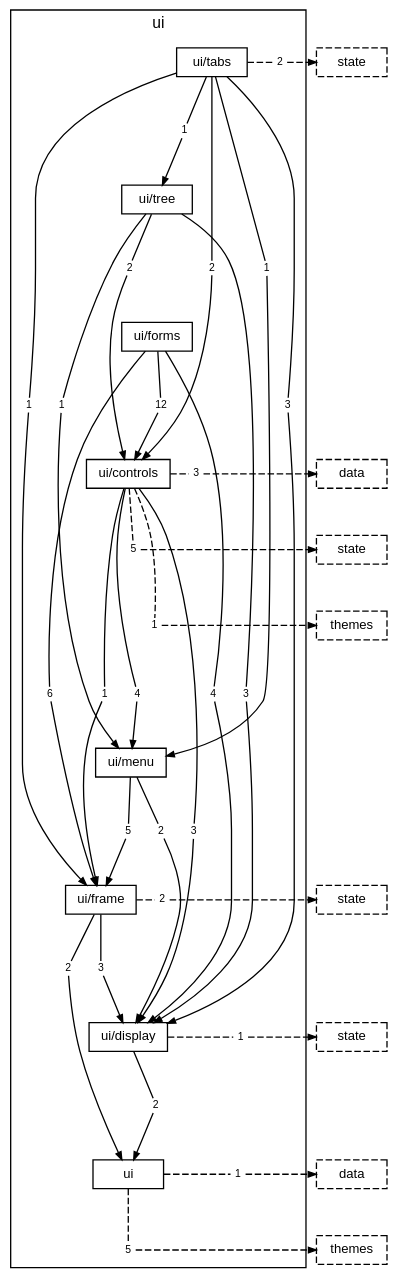
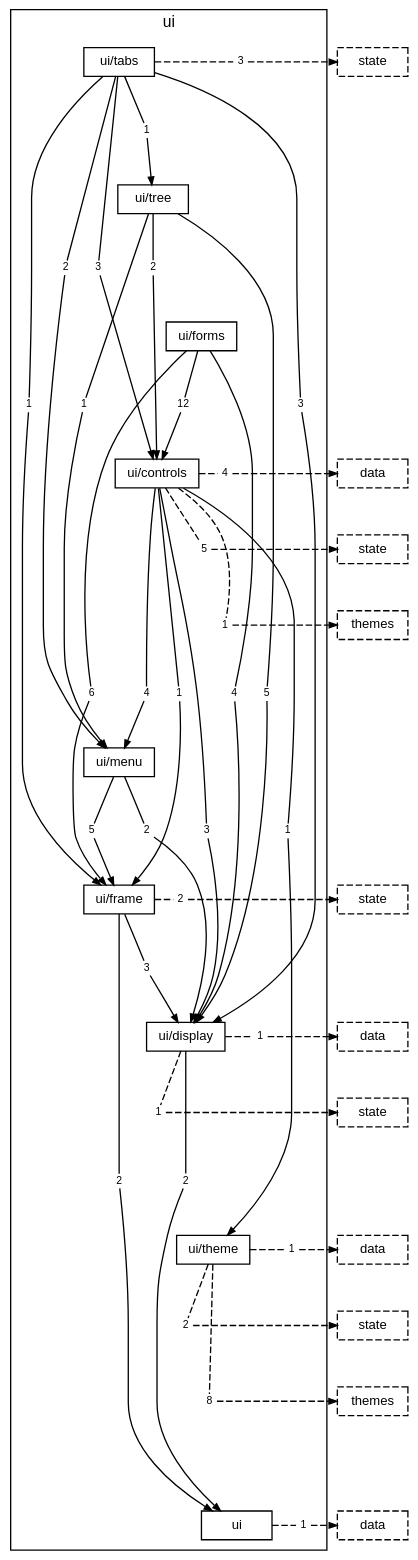
One commit to TheAxeC/oculus changed the diagram in docs/diagrams/layer-ui.dot. Above: the diagram before and after it, drawn with Graphviz. The commit also changed 357 other files, not shown here.

```diff
--- a/docs/diagrams/layer-ui.dot
+++ b/docs/diagrams/layer-ui.dot
@@ -11,15 +11,16 @@
         "folder ui/menu" [label="ui/menu"];
         "folder ui/frame" [label="ui/frame"];
         "folder ui/display" [label="ui/display"];
+        "folder ui/theme" [label="ui/theme"];
         "folder ui" [label="ui"];
-        "folder ui/tabs to folder ui/controls" [label="2", shape=box, color="transparent", fontsize=8, width=0, height=0, margin="0.04,0.02"];
+        "folder ui/tabs to folder ui/controls" [label="3", shape=box, color="transparent", fontsize=8, width=0, height=0, margin="0.04,0.02"];
         "folder ui/tabs to folder ui/display" [label="3", shape=box, color="transparent", fontsize=8, width=0, height=0, margin="0.04,0.02"];
         "folder ui/tabs to folder ui/frame" [label="1", shape=box, color="transparent", fontsize=8, width=0, height=0, margin="0.04,0.02"];
-        "folder ui/tabs to folder ui/menu" [label="1", shape=box, color="transparent", fontsize=8, width=0, height=0, margin="0.04,0.02"];
+        "folder ui/tabs to folder ui/menu" [label="2", shape=box, color="transparent", fontsize=8, width=0, height=0, margin="0.04,0.02"];
         "folder ui/tabs to folder ui/tree" [label="1", shape=box, color="transparent", fontsize=8, width=0, height=0, margin="0.04,0.02"];
-        "folder ui/tabs to layer state" [label="2", shape=box, color="transparent", fontsize=8, width=0, height=0, margin="0.04,0.02"];
+        "folder ui/tabs to layer state" [label="3", shape=box, color="transparent", fontsize=8, width=0, height=0, margin="0.04,0.02"];
         "folder ui/tree to folder ui/controls" [label="2", shape=box, color="transparent", fontsize=8, width=0, height=0, margin="0.04,0.02"];
-        "folder ui/tree to folder ui/display" [label="3", shape=box, color="transparent", fontsize=8, width=0, height=0, margin="0.04,0.02"];
+        "folder ui/tree to folder ui/display" [label="5", shape=box, color="transparent", fontsize=8, width=0, height=0, margin="0.04,0.02"];
         "folder ui/tree to folder ui/menu" [label="1", shape=box, color="transparent", fontsize=8, width=0, height=0, margin="0.04,0.02"];
         "folder ui/forms to folder ui/controls" [label="12", shape=box, color="transparent", fontsize=8, width=0, height=0, margin="0.04,0.02"];
         "folder ui/forms to folder ui/display" [label="4", shape=box, color="transparent", fontsize=8, width=0, height=0, margin="0.04,0.02"];
@@ -27,7 +28,8 @@
         "folder ui/controls to folder ui/display" [label="3", shape=box, color="transparent", fontsize=8, width=0, height=0, margin="0.04,0.02"];
         "folder ui/controls to folder ui/frame" [label="1", shape=box, color="transparent", fontsize=8, width=0, height=0, margin="0.04,0.02"];
         "folder ui/controls to folder ui/menu" [label="4", shape=box, color="transparent", fontsize=8, width=0, height=0, margin="0.04,0.02"];
-        "folder ui/controls to layer data" [label="3", shape=box, color="transparent", fontsize=8, width=0, height=0, margin="0.04,0.02"];
+        "folder ui/controls to folder ui/theme" [label="1", shape=box, color="transparent", fontsize=8, width=0, height=0, margin="0.04,0.02"];
+        "folder ui/controls to layer data" [label="4", shape=box, color="transparent", fontsize=8, width=0, height=0, margin="0.04,0.02"];
         "folder ui/controls to layer state" [label="5", shape=box, color="transparent", fontsize=8, width=0, height=0, margin="0.04,0.02"];
         "folder ui/controls to layer themes" [label="1", shape=box, color="transparent", fontsize=8, width=0, height=0, margin="0.04,0.02"];
         "folder ui/menu to folder ui/display" [label="2", shape=box, color="transparent", fontsize=8, width=0, height=0, margin="0.04,0.02"];
@@ -36,25 +38,32 @@
         "folder ui/frame to folder ui/display" [label="3", shape=box, color="transparent", fontsize=8, width=0, height=0, margin="0.04,0.02"];
         "folder ui/frame to layer state" [label="2", shape=box, color="transparent", fontsize=8, width=0, height=0, margin="0.04,0.02"];
         "folder ui/display to folder ui" [label="2", shape=box, color="transparent", fontsize=8, width=0, height=0, margin="0.04,0.02"];
+        "folder ui/display to layer data" [label="1", shape=box, color="transparent", fontsize=8, width=0, height=0, margin="0.04,0.02"];
         "folder ui/display to layer state" [label="1", shape=box, color="transparent", fontsize=8, width=0, height=0, margin="0.04,0.02"];
+        "folder ui/theme to layer data" [label="1", shape=box, color="transparent", fontsize=8, width=0, height=0, margin="0.04,0.02"];
+        "folder ui/theme to layer state" [label="2", shape=box, color="transparent", fontsize=8, width=0, height=0, margin="0.04,0.02"];
+        "folder ui/theme to layer themes" [label="8", shape=box, color="transparent", fontsize=8, width=0, height=0, margin="0.04,0.02"];
         "folder ui to layer data" [label="1", shape=box, color="transparent", fontsize=8, width=0, height=0, margin="0.04,0.02"];
-        "folder ui to layer themes" [label="5", shape=box, color="transparent", fontsize=8, width=0, height=0, margin="0.04,0.02"];
     }
     "layer state from folder ui/tabs" [label="state", style=dashed];
     "layer data from folder ui/controls" [label="data", style=dashed];
     "layer state from folder ui/controls" [label="state", style=dashed];
     "layer themes from folder ui/controls" [label="themes", style=dashed];
     "layer state from folder ui/frame" [label="state", style=dashed];
+    "layer data from folder ui/display" [label="data", style=dashed];
     "layer state from folder ui/display" [label="state", style=dashed];
+    "layer data from folder ui/theme" [label="data", style=dashed];
+    "layer state from folder ui/theme" [label="state", style=dashed];
+    "layer themes from folder ui/theme" [label="themes", style=dashed];
     "layer data from folder ui" [label="data", style=dashed];
-    "layer themes from folder ui" [label="themes", style=dashed];
     "folder ui/tabs" -> "folder ui/tree" [style=invis, weight=10, minlen=2];
     "folder ui/tree" -> "folder ui/forms" [style=invis, weight=10, minlen=2];
     "folder ui/forms" -> "folder ui/controls" [style=invis, weight=10, minlen=2];
     "folder ui/controls" -> "folder ui/menu" [style=invis, weight=10, minlen=4];
     "folder ui/menu" -> "folder ui/frame" [style=invis, weight=10, minlen=2];
     "folder ui/frame" -> "folder ui/display" [style=invis, weight=10, minlen=2];
-    "folder ui/display" -> "folder ui" [style=invis, weight=10, minlen=2];
+    "folder ui/display" -> "folder ui/theme" [style=invis, weight=10, minlen=3];
+    "folder ui/theme" -> "folder ui" [style=invis, weight=10, minlen=4];
     "folder ui/tabs" -> "folder ui/tabs to folder ui/controls" [arrowhead=none, minlen=3, weight=10];
     "folder ui/tabs to folder ui/controls" -> "folder ui/controls" [];
     "folder ui/tabs" -> "folder ui/tabs to folder ui/display" [arrowhead=none, minlen=5, weight=10];
@@ -86,6 +95,8 @@
     "folder ui/controls to folder ui/frame" -> "folder ui/frame" [];
     "folder ui/controls" -> "folder ui/controls to folder ui/menu" [arrowhead=none, minlen=3, weight=10];
     "folder ui/controls to folder ui/menu" -> "folder ui/menu" [];
+    "folder ui/controls" -> "folder ui/controls to folder ui/theme" [arrowhead=none, minlen=5, weight=10];
+    "folder ui/controls to folder ui/theme" -> "folder ui/theme" [];
     "folder ui/controls" -> "folder ui/controls to layer data" [arrowhead=none, style=dashed];
     "folder ui/controls to layer data" -> "layer data from folder ui/controls" [style=dashed];
     { rank=same; "folder ui/controls"; "folder ui/controls to layer data"; "layer data from folder ui/controls"; }
@@ -99,22 +110,31 @@
     "folder ui/menu to folder ui/display" -> "folder ui/display" [];
     "folder ui/menu" -> "folder ui/menu to folder ui/frame" [arrowhead=none, minlen=1, weight=10];
     "folder ui/menu to folder ui/frame" -> "folder ui/frame" [];
-    "folder ui/frame" -> "folder ui/frame to folder ui" [arrowhead=none, minlen=1, weight=10];
+    "folder ui/frame" -> "folder ui/frame to folder ui" [arrowhead=none, minlen=4, weight=10];
     "folder ui/frame to folder ui" -> "folder ui" [];
     "folder ui/frame" -> "folder ui/frame to folder ui/display" [arrowhead=none, minlen=1, weight=10];
     "folder ui/frame to folder ui/display" -> "folder ui/display" [];
     "folder ui/frame" -> "folder ui/frame to layer state" [arrowhead=none, style=dashed];
     "folder ui/frame to layer state" -> "layer state from folder ui/frame" [style=dashed];
     { rank=same; "folder ui/frame"; "folder ui/frame to layer state"; "layer state from folder ui/frame"; }
-    "folder ui/display" -> "folder ui/display to folder ui" [arrowhead=none, minlen=1, weight=10];
+    "folder ui/display" -> "folder ui/display to folder ui" [arrowhead=none, minlen=2, weight=10];
     "folder ui/display to folder ui" -> "folder ui" [];
-    "folder ui/display" -> "folder ui/display to layer state" [arrowhead=none, style=dashed];
+    "folder ui/display" -> "folder ui/display to layer data" [arrowhead=none, style=dashed];
+    "folder ui/display to layer data" -> "layer data from folder ui/display" [style=dashed];
+    { rank=same; "folder ui/display"; "folder ui/display to layer data"; "layer data from folder ui/display"; }
+    "folder ui/display" -> "folder ui/display to layer state" [arrowhead=none, style=dashed, minlen=1, weight=10];
     "folder ui/display to layer state" -> "layer state from folder ui/display" [style=dashed];
-    { rank=same; "folder ui/display"; "folder ui/display to layer state"; "layer state from folder ui/display"; }
+    { rank=same; "folder ui/display to layer state"; "layer state from folder ui/display"; }
+    "folder ui/theme" -> "folder ui/theme to layer data" [arrowhead=none, style=dashed];
+    "folder ui/theme to layer data" -> "layer data from folder ui/theme" [style=dashed];
+    { rank=same; "folder ui/theme"; "folder ui/theme to layer data"; "layer data from folder ui/theme"; }
+    "folder ui/theme" -> "folder ui/theme to layer state" [arrowhead=none, style=dashed, minlen=1, weight=10];
+    "folder ui/theme to layer state" -> "layer state from folder ui/theme" [style=dashed];
+    { rank=same; "folder ui/theme to layer state"; "layer state from folder ui/theme"; }
+    "folder ui/theme" -> "folder ui/theme to layer themes" [arrowhead=none, style=dashed, minlen=2, weight=10];
+    "folder ui/theme to layer themes" -> "layer themes from folder ui/theme" [style=dashed];
+    { rank=same; "folder ui/theme to layer themes"; "layer themes from folder ui/theme"; }
     "folder ui" -> "folder ui to layer data" [arrowhead=none, style=dashed];
     "folder ui to layer data" -> "layer data from folder ui" [style=dashed];
     { rank=same; "folder ui"; "folder ui to layer data"; "layer data from folder ui"; }
-    "folder ui" -> "folder ui to layer themes" [arrowhead=none, style=dashed, minlen=1, weight=10];
-    "folder ui to layer themes" -> "layer themes from folder ui" [style=dashed];
-    { rank=same; "folder ui to layer themes"; "layer themes from folder ui"; }
 }
```
